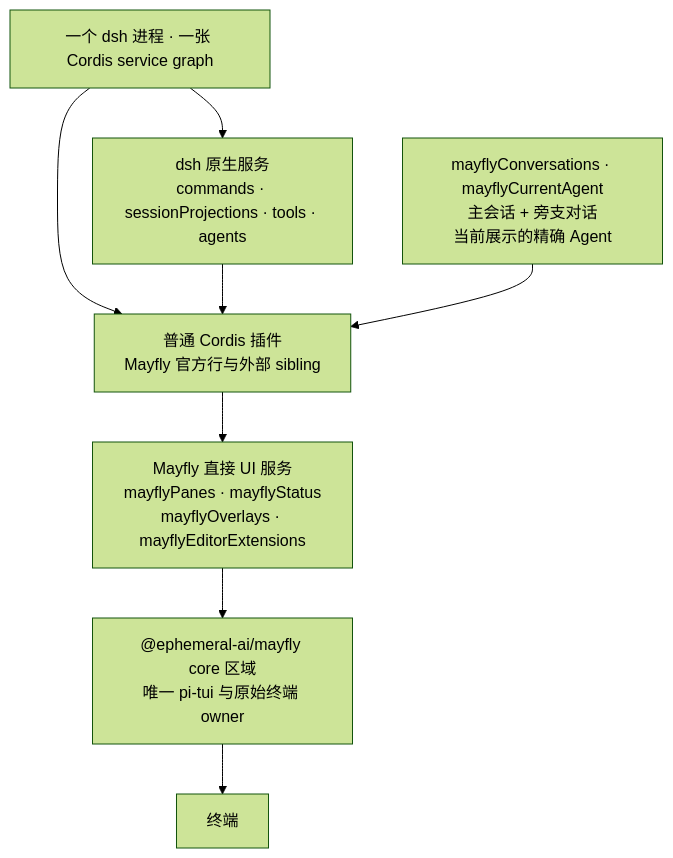
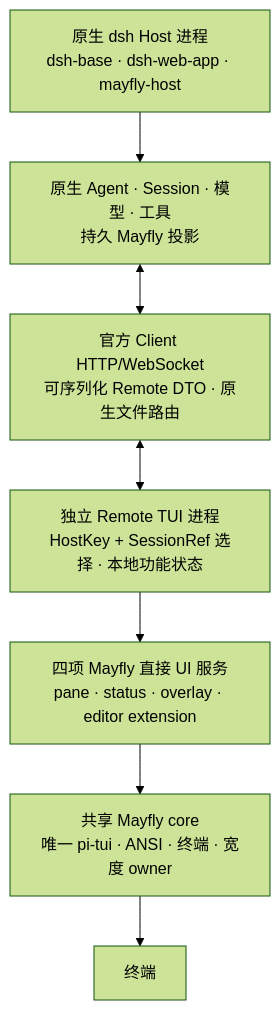
Before and after one commit to Ephemeral-AI-Lab/mayfly: the diagram in docs/diagrams/mayfly-layers.zh.mmd, drawn with Mermaid (forest theme). The commit also changed 14 other files, not shown here.

Commit message:
docs: define the sole Host and Remote split deployment

```diff
--- a/docs/diagrams/mayfly-layers.zh.mmd
+++ b/docs/diagrams/mayfly-layers.zh.mmd
@@ -1,16 +1,15 @@
 flowchart TB
-    ROOT["一个 dsh 进程 · 一张 Cordis service graph"]
-    DSH["dsh 原生服务<br/>commands · sessionProjections · tools · agents"]
-    PLUGIN["普通 Cordis 插件<br/>Mayfly 官方行与外部 sibling"]
-    AGENT["mayflyConversations · mayflyCurrentAgent<br/>主会话 + 旁支对话<br/>当前展示的精确 Agent"]
-    UI["Mayfly 直接 UI 服务<br/>mayflyPanes · mayflyStatus<br/>mayflyOverlays · mayflyEditorExtensions"]
-    CORE["@ephemeral-ai/mayfly core 区域<br/>唯一 pi-tui 与原始终端 owner"]
+    HOST["原生 dsh Host 进程<br/>dsh-base · dsh-web-app · mayfly-host"]
+    STATE["原生 Agent · Session · 模型 · 工具<br/>持久 Mayfly 投影"]
+    WIRE["官方 Client HTTP/WebSocket<br/>可序列化 Remote DTO · 原生文件路由"]
+    REMOTE["独立 Remote TUI 进程<br/>HostKey + SessionRef 选择 · 本地功能状态"]
+    UI["四项 Mayfly 直接 UI 服务<br/>pane · status · overlay · editor extension"]
+    CORE["共享 Mayfly core<br/>唯一 pi-tui · ANSI · 终端 · 宽度 owner"]
     TERM["终端"]
 
-    ROOT --> DSH
-    ROOT --> PLUGIN
-    DSH --> PLUGIN
-    AGENT --> PLUGIN
-    PLUGIN --> UI
+    HOST --> STATE
+    STATE <--> WIRE
+    WIRE <--> REMOTE
+    REMOTE --> UI
     UI --> CORE
     CORE --> TERM
```
